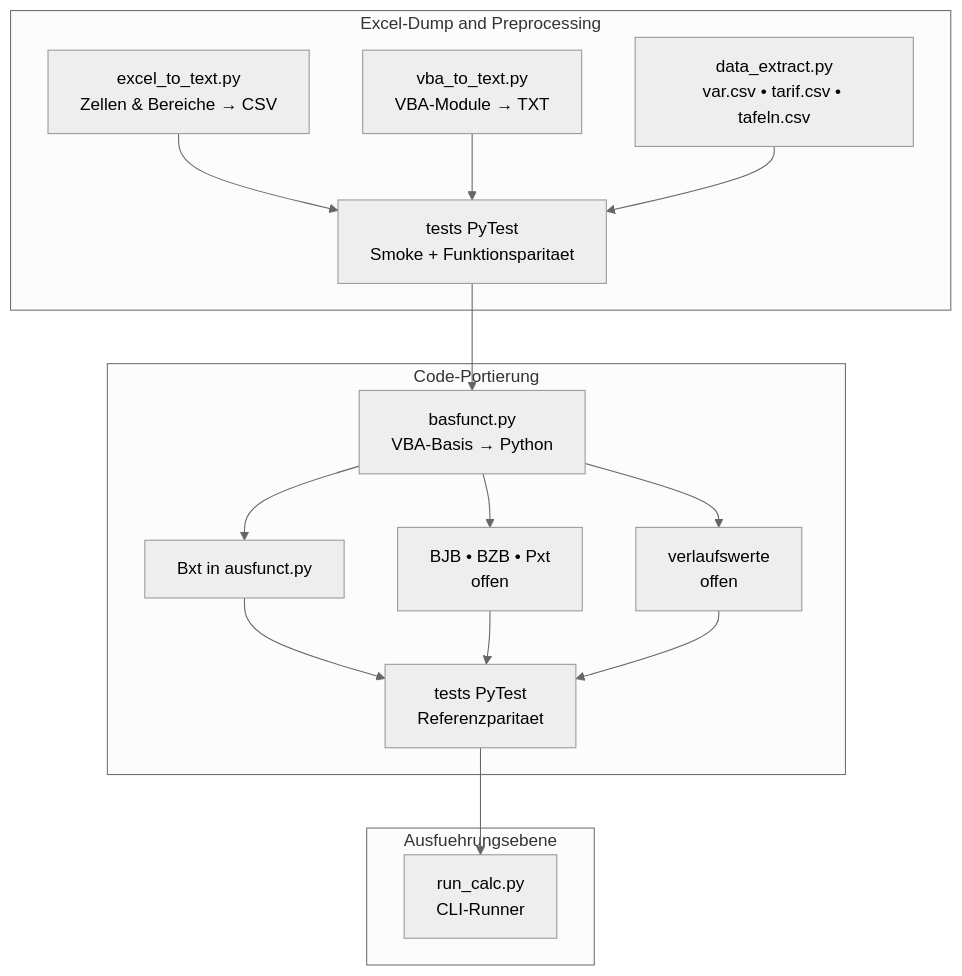
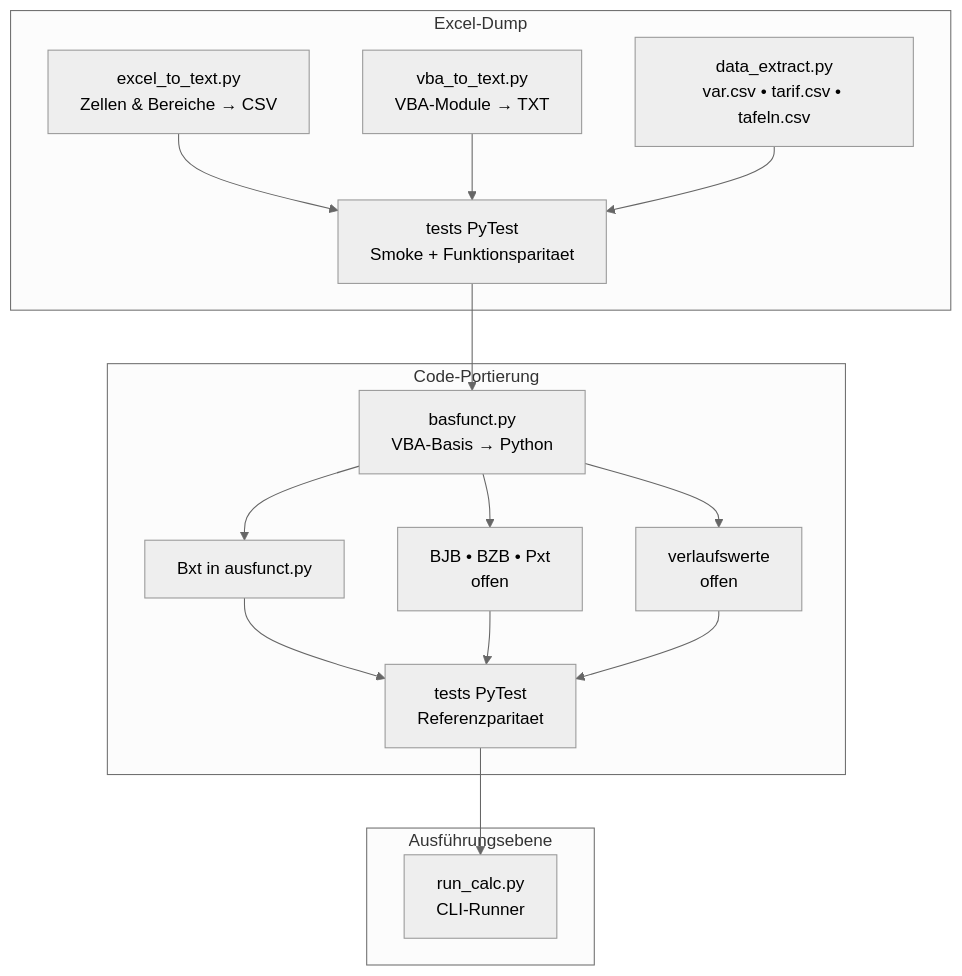
The diagram in README.md (bartlmac/portxlpy-seminar), drawn with Mermaid (neutral theme) before and after one commit.

Commit message:
README schönheitsfehler behoben

````diff
--- a/README.md
+++ b/README.md
@@ -91,35 +91,35 @@
 ``` mermaid
 flowchart TD
 
-subgraph Excel-Dump and Preprocessing
+subgraph Excel-Dump
     A1[excel_to_text.py<br>Zellen & Bereiche → CSV]
     A2[vba_to_text.py<br>VBA-Module → TXT]
     A3[data_extract.py<br>var.csv • tarif.csv • tafeln.csv]
     B1[tests PyTest<br>Smoke + Funktionsparitaet]
     A1 --> B1
     A2 --> B1
     A3 --> B1
 end
 
 subgraph Code-Portierung
     C1[basfunct.py<br>VBA-Basis → Python]
     D1[Bxt in ausfunct.py]
     D2[BJB • BZB • Pxt<br>offen]
     D3[verlaufswerte<br>offen]
     R1[tests PyTest<br>Referenzparitaet]
     C1 --> D1
     C1 --> D2
     C1 --> D3
     D1 --> R1
     D2 --> R1
     D3 --> R1
 end
 
-subgraph Ausfuehrungsebene
+subgraph Ausführungsebene
     E1[run_calc.py<br>CLI-Runner]
 end
 
 B1 --> C1
 R1 --> E1
 
 ```
````
